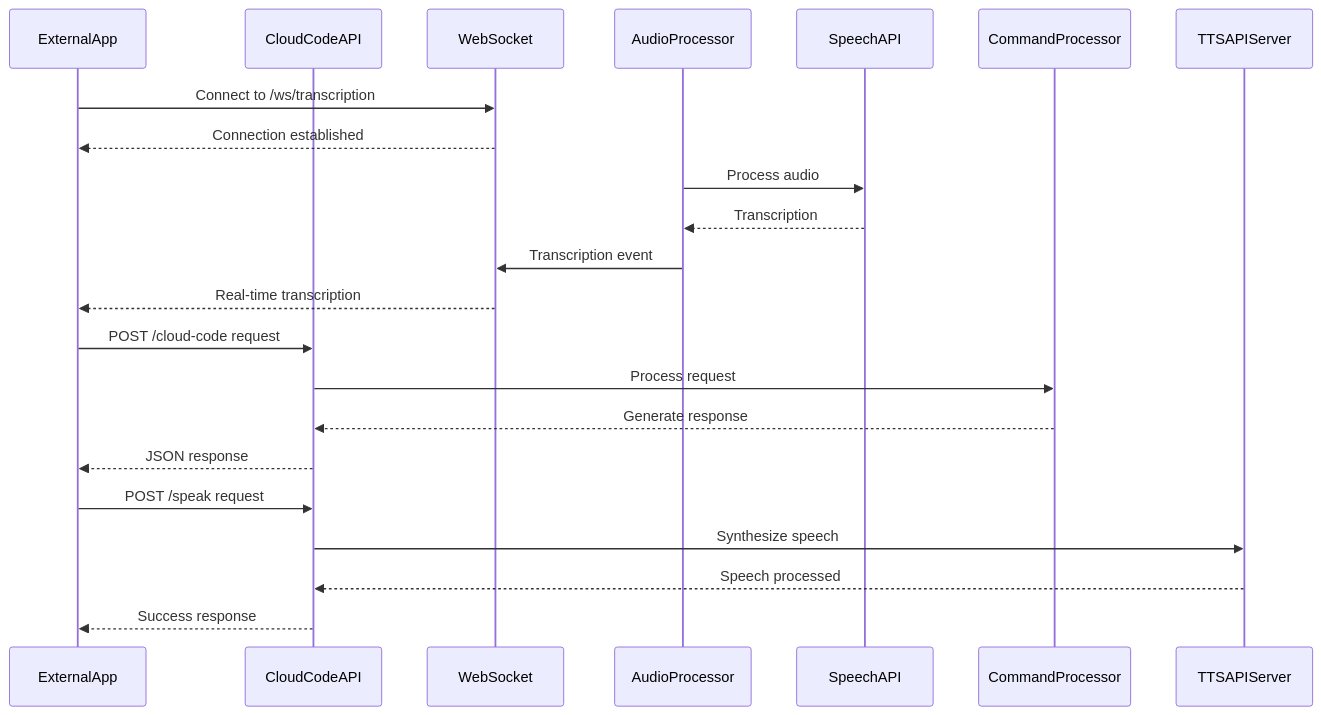
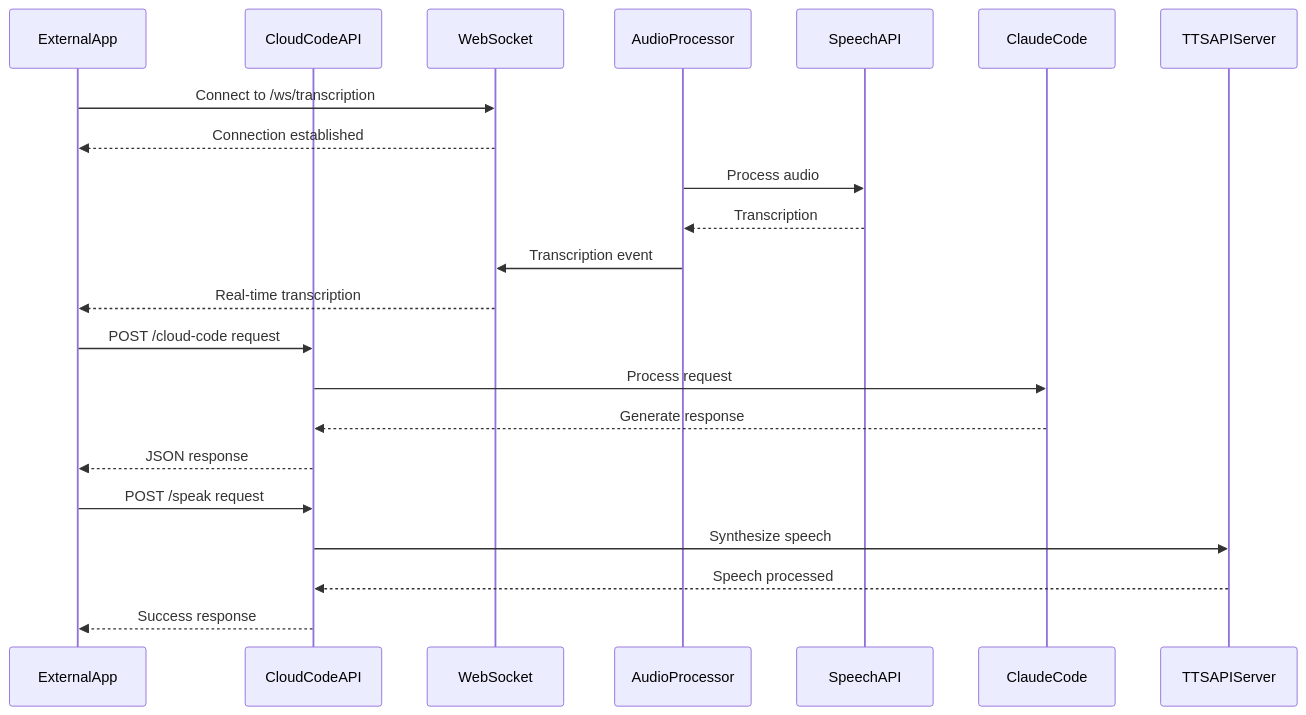
Before and after one commit to 0xrin1/whisper-yabai-mac-os-x: the fifth of 5 diagrams in docs/ARCHITECTURE.md, drawn with Mermaid. The commit also changed other lines of this file and 5 other files, not shown here.

First line of the commit message:
Refactor: Remove legacy CommandProcessor for simplified architecture

````diff
--- a/docs/ARCHITECTURE.md
+++ b/docs/ARCHITECTURE.md
@@ -204,28 +221,28 @@
 ```mermaid
 sequenceDiagram
     participant ExternalApp
     participant CloudCodeAPI
     participant WebSocket
     participant AudioProcessor
     participant SpeechAPI
-    participant CommandProcessor
+    participant ClaudeCode
     participant TTSAPIServer
 
     ExternalApp->>WebSocket: Connect to /ws/transcription
     WebSocket-->>ExternalApp: Connection established
 
     AudioProcessor->>SpeechAPI: Process audio
     SpeechAPI-->>AudioProcessor: Transcription
     AudioProcessor->>WebSocket: Transcription event
     WebSocket-->>ExternalApp: Real-time transcription
 
     ExternalApp->>CloudCodeAPI: POST /cloud-code request
-    CloudCodeAPI->>CommandProcessor: Process request
-    CommandProcessor-->>CloudCodeAPI: Generate response
+    CloudCodeAPI->>ClaudeCode: Process request
+    ClaudeCode-->>CloudCodeAPI: Generate response
     CloudCodeAPI-->>ExternalApp: JSON response
 
     ExternalApp->>CloudCodeAPI: POST /speak request
     CloudCodeAPI->>TTSAPIServer: Synthesize speech
     TTSAPIServer-->>CloudCodeAPI: Speech processed
     CloudCodeAPI-->>ExternalApp: Success response
 ```
````
